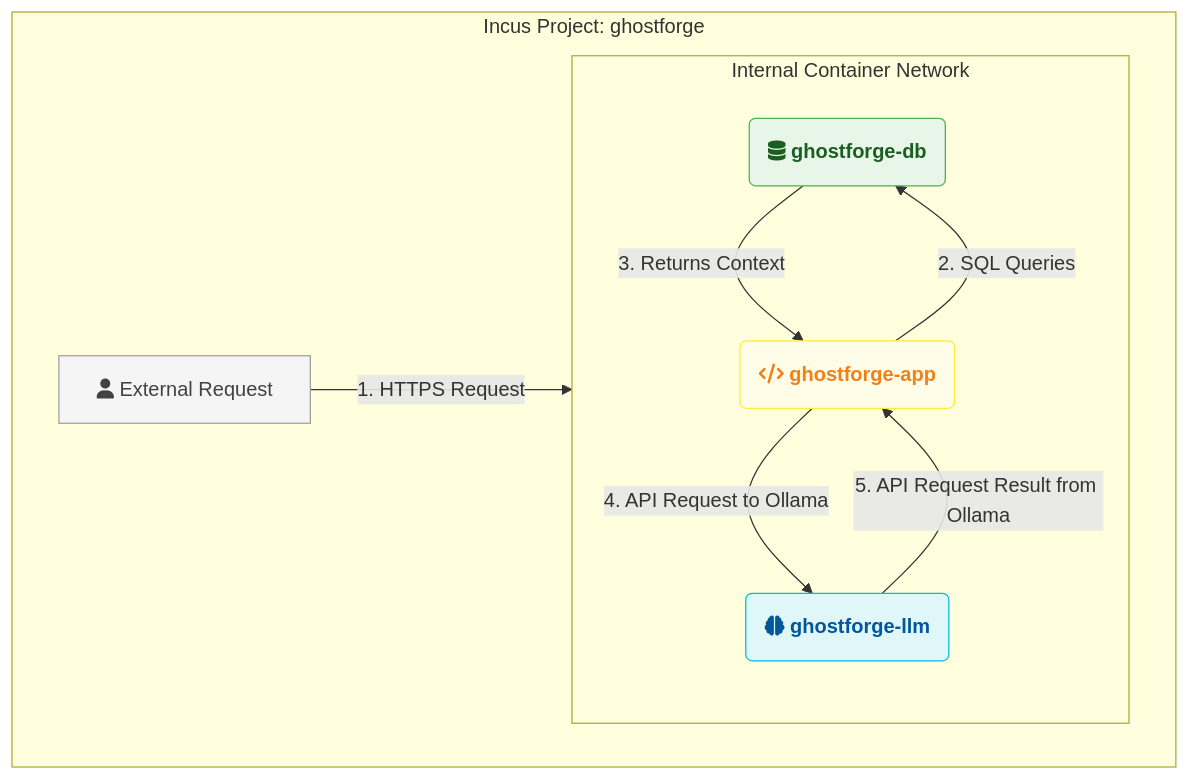
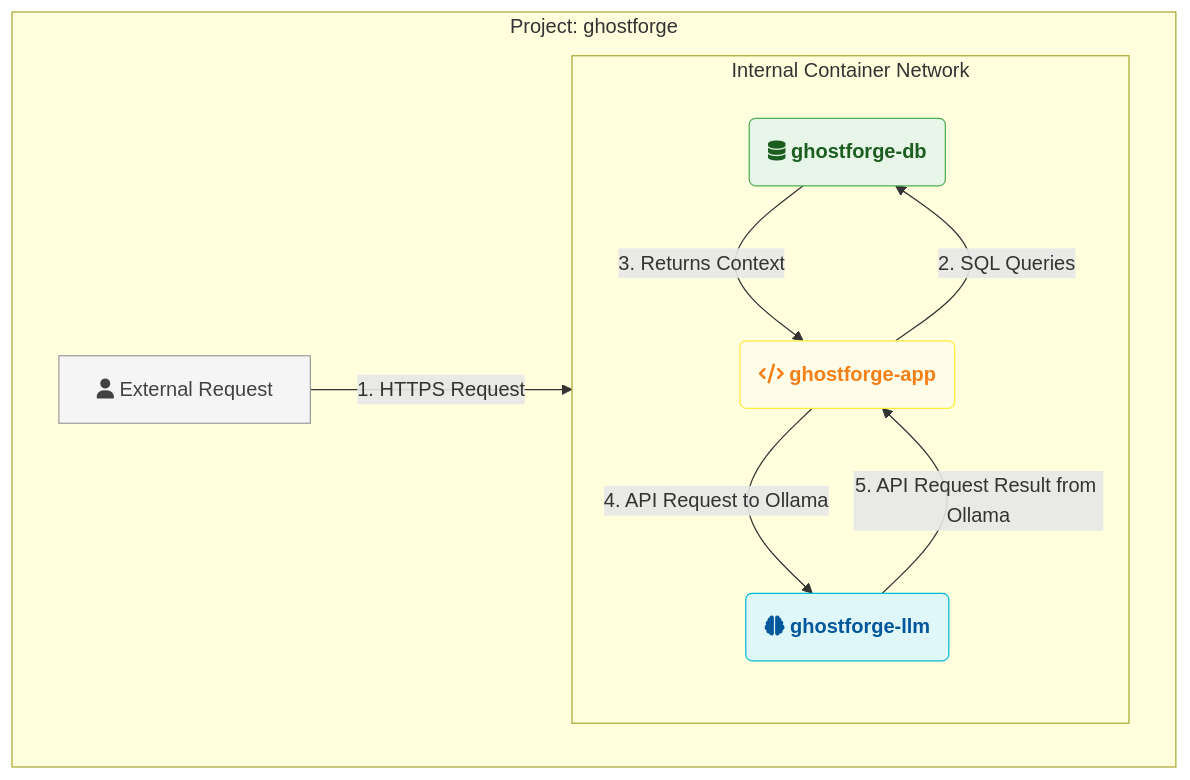
The diagram in docs/ghostforge_flow.mermaid (Di0go/ghostforge), drawn with Mermaid before and after one commit. The commit also changed 2 other files, not shown here.

Commit message:
Docker Migration from Incus

```diff
--- a/docs/ghostforge_flow.mermaid
+++ b/docs/ghostforge_flow.mermaid
@@ -1,36 +1,36 @@
 graph TD
     classDef LLM fill:#E0F7FA, stroke:#00BCD4, color:#01579B, font-weight:bold;
     classDef App fill:#FFFDE7, stroke:#FFEB3B, color:#F57F17, font-weight:bold;
     classDef DB fill:#E8F5E9, stroke:#4CAF50, color:#1B5E20, font-weight:bold;
     classDef External fill:#F5F5F5, stroke:#9E9E9E, color:#424242;
 
-    subgraph Incus Project: ghostforge
+    subgraph Project: ghostforge
         direction LR
 
         %% 1. Request
         A[fa:fa-user External Request]:::External
         
         %% 2. Containers
         subgraph Internal Container Network
             direction TB
             %% PostgreSQL
             C(fa:fa-database ghostforge-db)
 
             %% Django, LangChain, FastAPI
             D(fa:fa-code ghostforge-app)
 
             %% Ollama
             E(fa:fa-brain ghostforge-llm)
             
             class C DB
             class D App
             class E LLM
         end
 
         %% 3. Integration Flow
         A -- 1. HTTPS Request --> D
         D -- 2. SQL Queries --> C
         C -- 3. Returns Context --> D
         D -- 4. API Request to Ollama --> E
         E -- 5. API Request Result from Ollama --> D
     end
```
